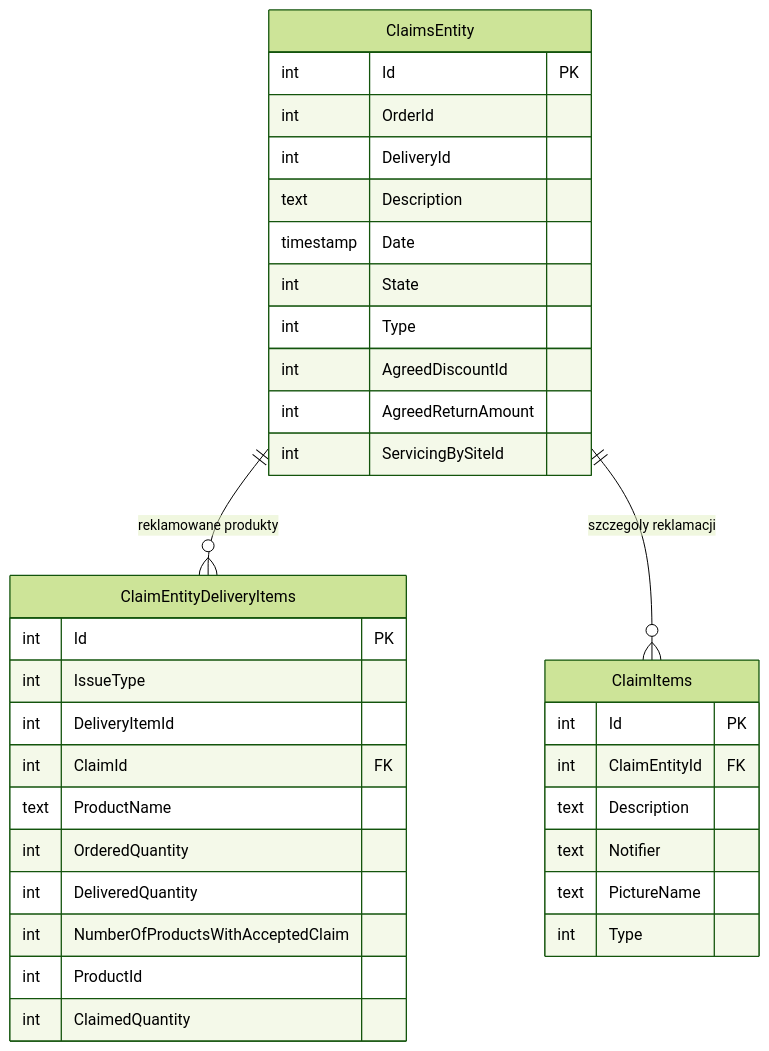
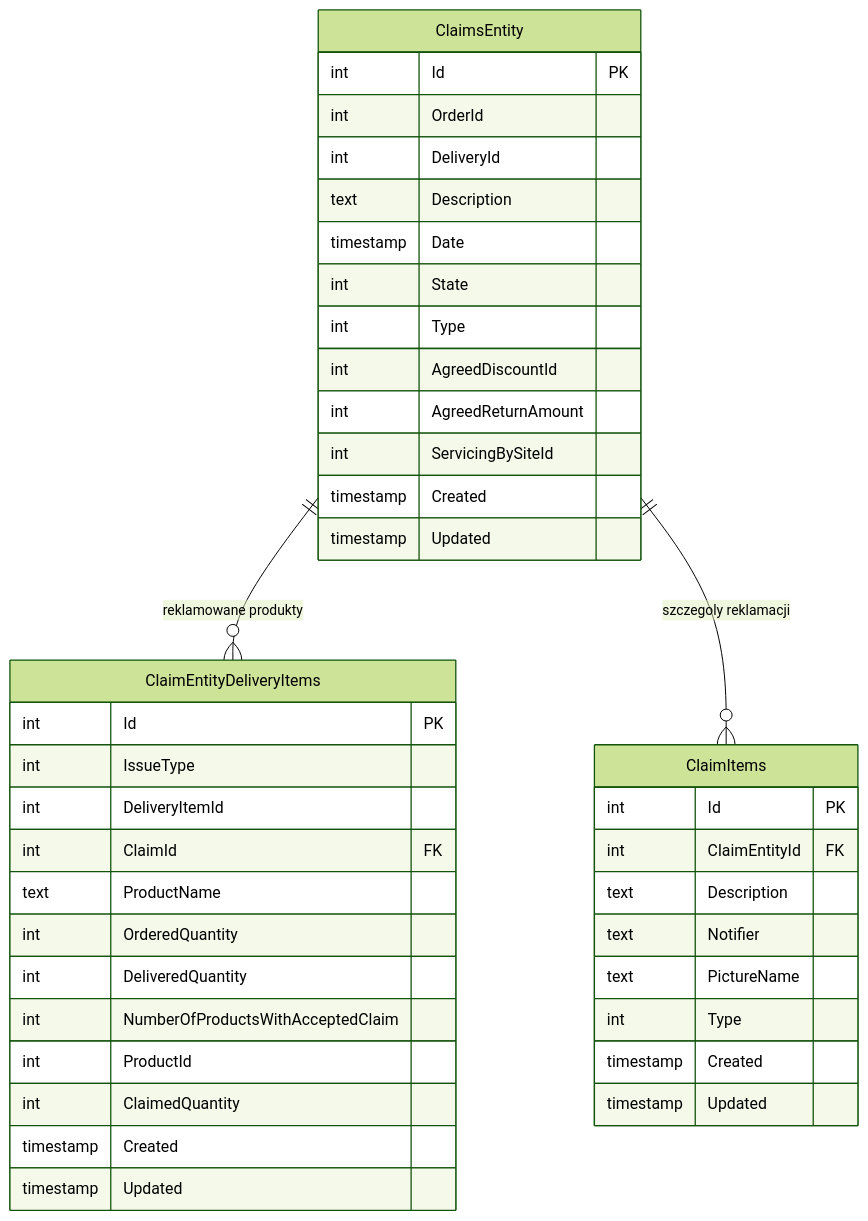
The seventh of 8 diagrams in docs/source_db_diagrams.md (JakubRybak/Data_Warehouse_Bake2Home), drawn with Mermaid (forest theme) before and after one commit. The commit also changed other lines of this file and 10 other files, not shown here.

````diff
--- a/docs/source_db_diagrams.md
+++ b/docs/source_db_diagrams.md
@@ -539,40 +627,46 @@
 ```mermaid
 erDiagram
     ClaimsEntity {
         int Id PK
         int OrderId
         int DeliveryId
         text Description
         timestamp Date
         int State
         int Type
         int AgreedDiscountId
         int AgreedReturnAmount
         int ServicingBySiteId
+        timestamp Created
+        timestamp Updated
     }
 
     ClaimEntityDeliveryItems {
         int Id PK
         int IssueType
         int DeliveryItemId
         int ClaimId FK
         text ProductName
         int OrderedQuantity
         int DeliveredQuantity
         int NumberOfProductsWithAcceptedClaim
         int ProductId
         int ClaimedQuantity
+        timestamp Created
+        timestamp Updated
     }
 
     ClaimItems {
         int Id PK
         int ClaimEntityId FK
         text Description
         text Notifier
         text PictureName
         int Type
+        timestamp Created
+        timestamp Updated
     }
 
     ClaimsEntity ||--o{ ClaimEntityDeliveryItems : "reklamowane produkty"
     ClaimsEntity ||--o{ ClaimItems : "szczegoly reklamacji"
 ```
````
